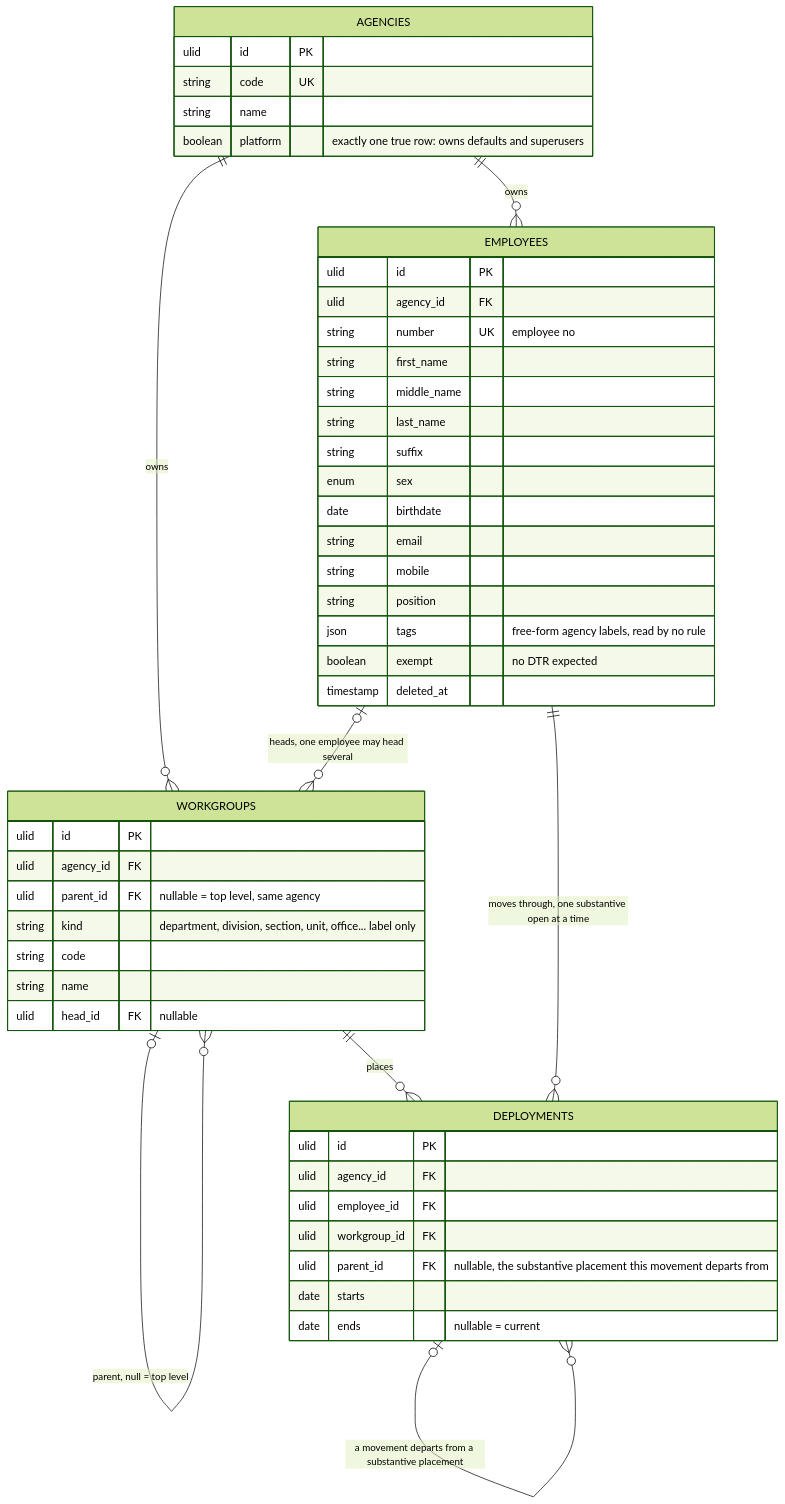
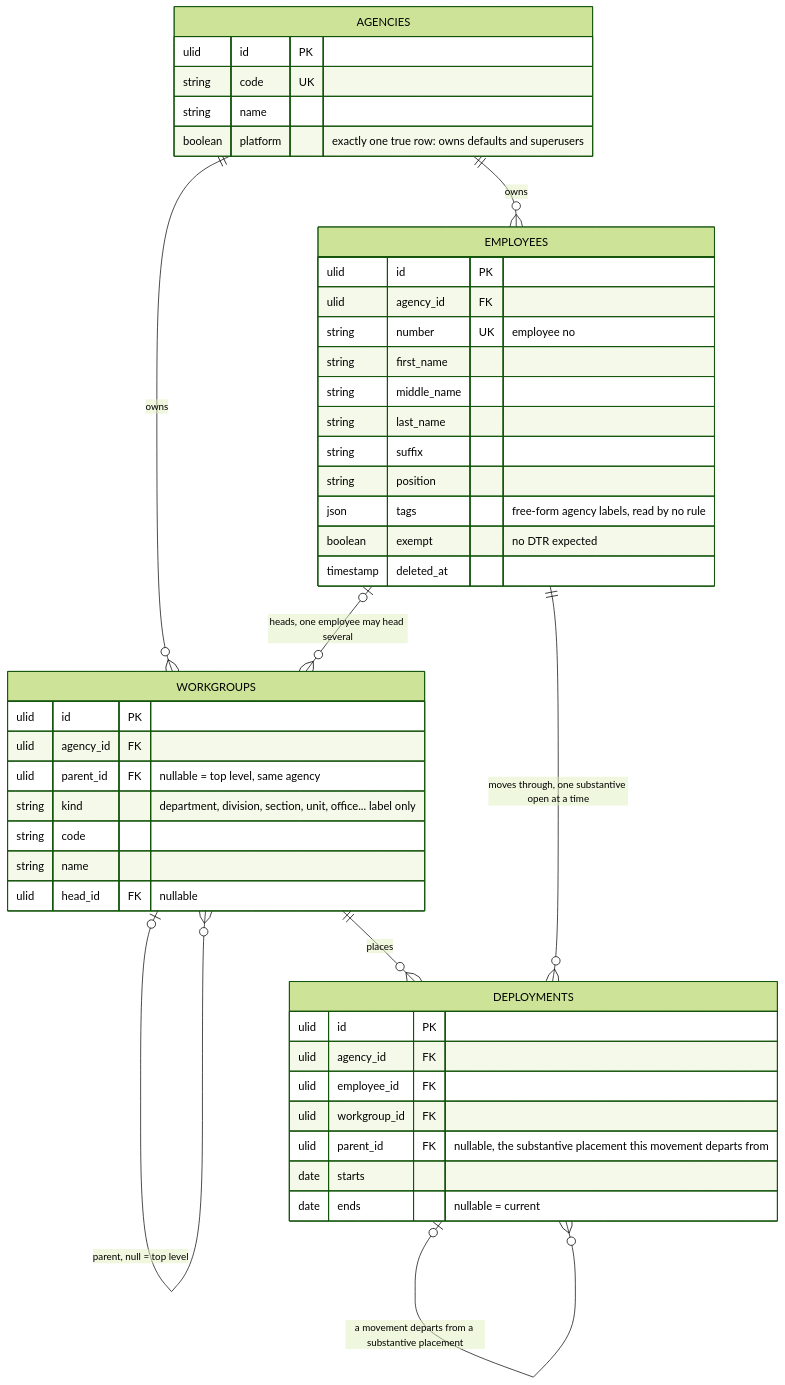
Before and after one commit to joowdx/khronoz: the diagram in docs/design/01-organization.md, drawn with Mermaid (forest theme). The commit also changed 19 other files, not shown here.

````diff
--- a/docs/design/01-organization.md
+++ b/docs/design/01-organization.md
@@ -3,52 +3,48 @@
 ```mermaid
 erDiagram
     AGENCIES  ||--o{ WORKGROUPS       : "owns"
     AGENCIES  ||--o{ EMPLOYEES   : "owns"
     WORKGROUPS     |o--o{ WORKGROUPS       : "parent, null = top level"
     WORKGROUPS     ||--o{ DEPLOYMENTS : "places"
     EMPLOYEES ||--o{ DEPLOYMENTS : "moves through, one substantive open at a time"
     DEPLOYMENTS |o--o{ DEPLOYMENTS : "a movement departs from a substantive placement"
     EMPLOYEES |o--o{ WORKGROUPS       : "heads, one employee may head several"
 
     AGENCIES {
         ulid id PK
         string code UK
         string name
         boolean platform "exactly one true row: owns defaults and superusers"
     }
     WORKGROUPS {
         ulid id PK
         ulid agency_id FK
         ulid parent_id FK "nullable = top level, same agency"
         string kind "department, division, section, unit, office... label only"
         string code
         string name
         ulid head_id FK "nullable"
     }
     EMPLOYEES {
         ulid id PK
         ulid agency_id FK
         string number UK "employee no"
         string first_name
         string middle_name
         string last_name
         string suffix
-        enum sex
-        date birthdate
-        string email
-        string mobile
         string position
         json tags "free-form agency labels, read by no rule"
         boolean exempt "no DTR expected"
         timestamp deleted_at
     }
     DEPLOYMENTS {
         ulid id PK
         ulid agency_id FK
         ulid employee_id FK
         ulid workgroup_id FK
         ulid parent_id FK "nullable, the substantive placement this movement departs from"
         date starts
         date ends "nullable = current"
     }
 ```
````
